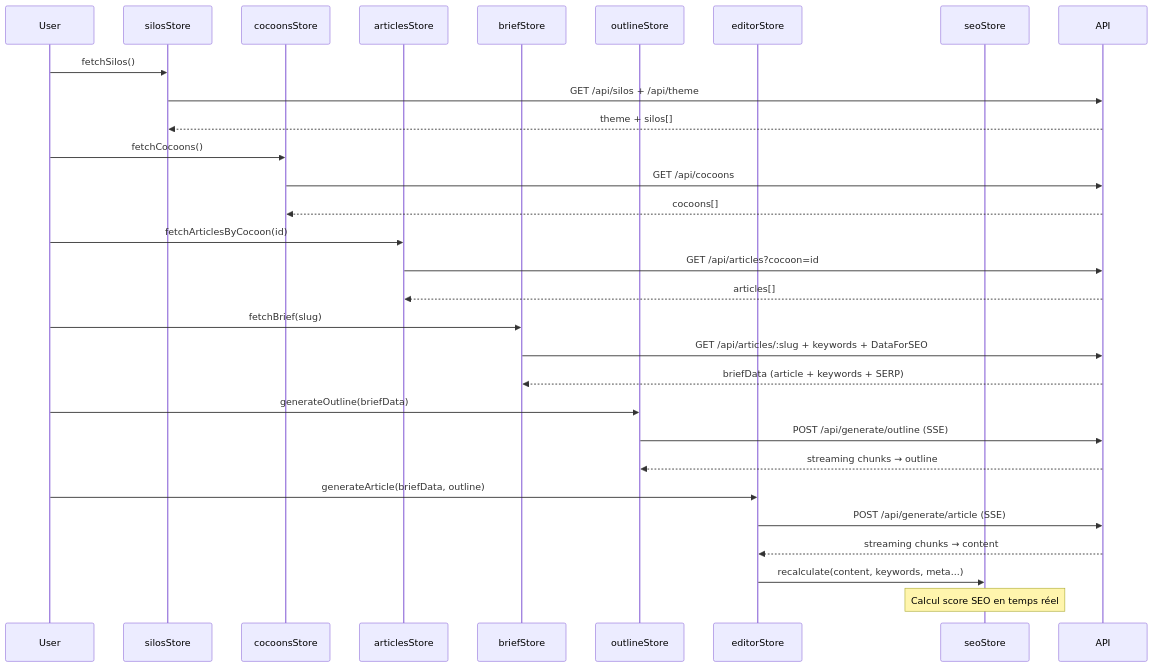
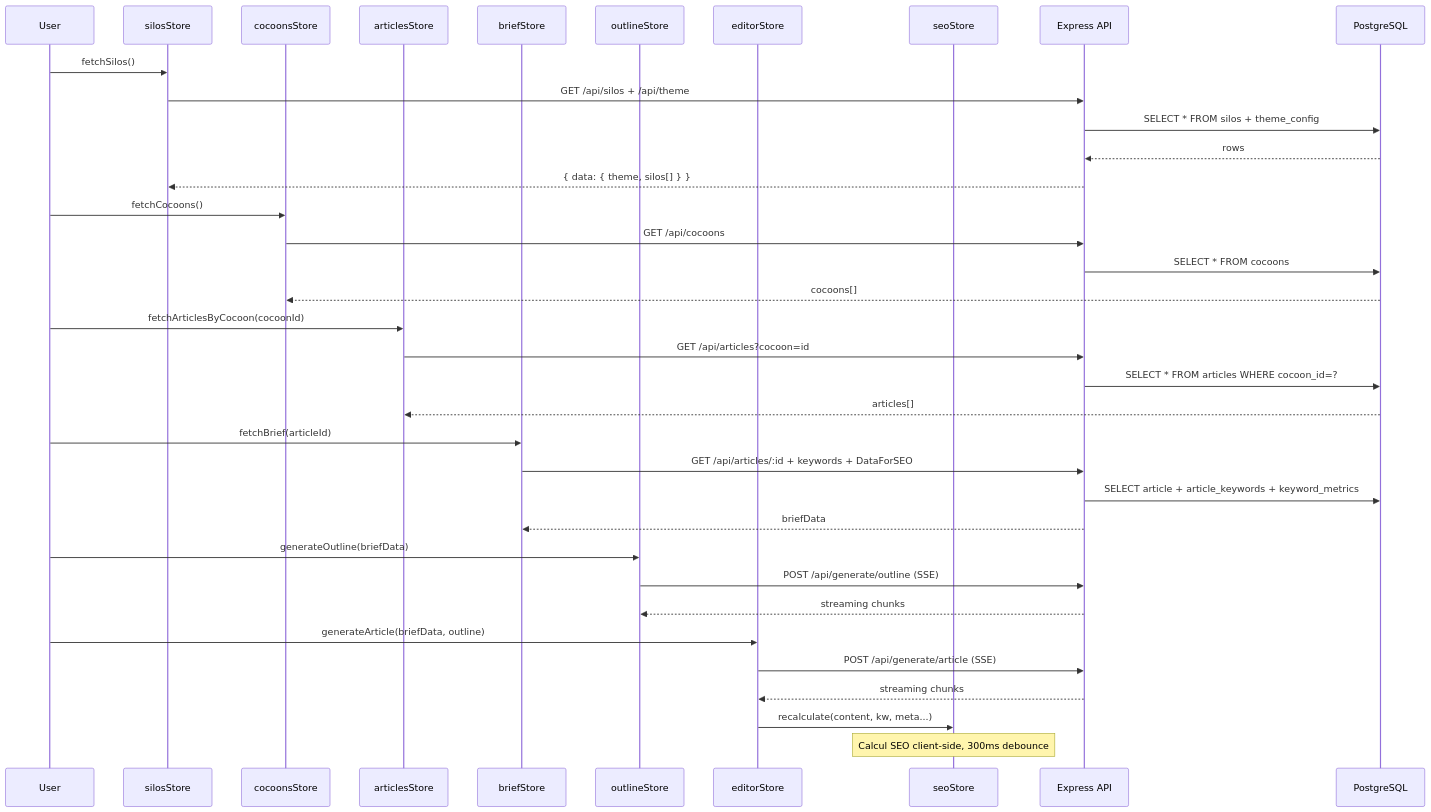
Before and after one commit to annubis-knight/Blog_Redactor_SEO: the fourth of 24 diagrams in ARCHITECTURE_FLOWS.md, drawn with Mermaid. The commit also changed other lines of this file and 400 other files, not shown here.

````diff
--- a/ARCHITECTURE_FLOWS.md
+++ b/ARCHITECTURE_FLOWS.md
@@ -206,39 +254,45 @@
 ```mermaid
 sequenceDiagram
     participant User
     participant silosStore
     participant cocoonsStore
     participant articlesStore
     participant briefStore
     participant outlineStore
     participant editorStore
     participant seoStore
-    participant API
+    participant API as Express API
+    participant PG as PostgreSQL
 
     User->>silosStore: fetchSilos()
     silosStore->>API: GET /api/silos + /api/theme
-    API-->>silosStore: theme + silos[]
+    API->>PG: SELECT * FROM silos + theme_config
+    PG-->>API: rows
+    API-->>silosStore: { data: { theme, silos[] } }
 
     User->>cocoonsStore: fetchCocoons()
     cocoonsStore->>API: GET /api/cocoons
-    API-->>cocoonsStore: cocoons[]
+    API->>PG: SELECT * FROM cocoons
+    PG-->>cocoonsStore: cocoons[]
 
-    User->>articlesStore: fetchArticlesByCocoon(id)
+    User->>articlesStore: fetchArticlesByCocoon(cocoonId)
     articlesStore->>API: GET /api/articles?cocoon=id
-    API-->>articlesStore: articles[]
+    API->>PG: SELECT * FROM articles WHERE cocoon_id=?
+    PG-->>articlesStore: articles[]
 
-    User->>briefStore: fetchBrief(slug)
-    briefStore->>API: GET /api/articles/:slug + keywords + DataForSEO
-    API-->>briefStore: briefData (article + keywords + SERP)
+    User->>briefStore: fetchBrief(articleId)
+    briefStore->>API: GET /api/articles/:id + keywords + DataForSEO
+    API->>PG: SELECT article + article_keywords + keyword_metrics
+    API-->>briefStore: briefData
 
     User->>outlineStore: generateOutline(briefData)
     outlineStore->>API: POST /api/generate/outline (SSE)
-    API-->>outlineStore: streaming chunks → outline
+    API-->>outlineStore: streaming chunks
 
     User->>editorStore: generateArticle(briefData, outline)
     editorStore->>API: POST /api/generate/article (SSE)
-    API-->>editorStore: streaming chunks → content
+    API-->>editorStore: streaming chunks
 
-    editorStore->>seoStore: recalculate(content, keywords, meta...)
-    Note over seoStore: Calcul score SEO en temps réel
+    editorStore->>seoStore: recalculate(content, kw, meta...)
+    Note over seoStore: Calcul SEO client-side, 300ms debounce
 ```
````
